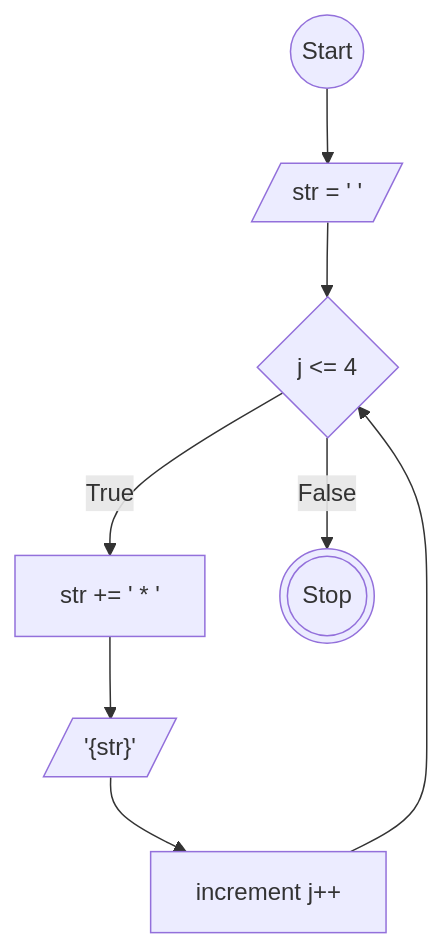
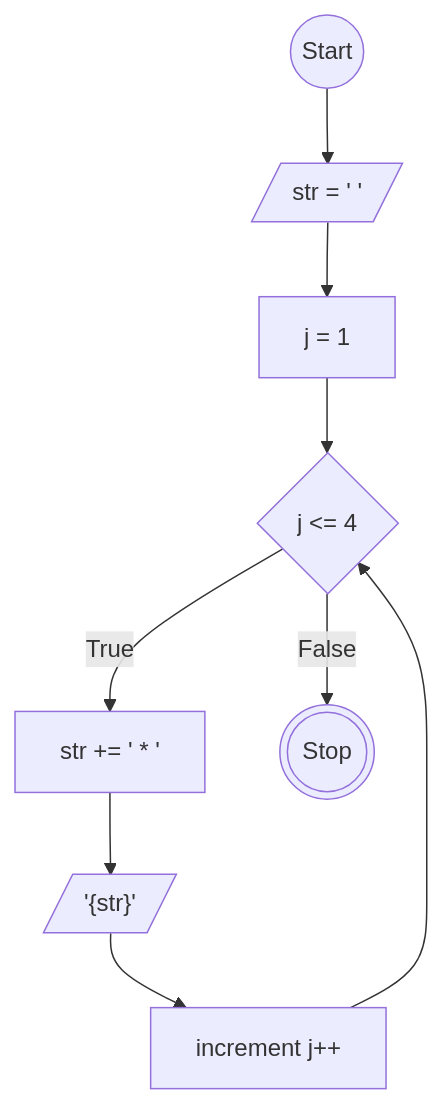
Before and after one commit to MuhamadRafliShidiq/koda-b8-javascript1: the diagram in task3.md, drawn with Mermaid.

````diff
--- a/task3.md
+++ b/task3.md
@@ -7,20 +7,21 @@
 ```mermaid
 
     flowchart TD
 
     a@{ shape: circle, label: "Start" }
     b@{ shape: lean-r, label: " str = ' '" }
+    c@{ shape: rect, label: " j = 1" }
     d@{ shape: diamond, label: "j <= 4" }
     e@{ shape: rect, label: " str += ' * '" }
     g@{ shape: lean-r, label: " '{str}'" }
     f@{ shape: rect, label: " increment j++" }
 
     h@{ shape: dbl-circ, label: "Stop" }
 
-    a --> b --> d
+    a --> b --> c --> d
 
     d --True--> e --> g --> f
     f --> d
 
     d --False--> h
 ```
````
